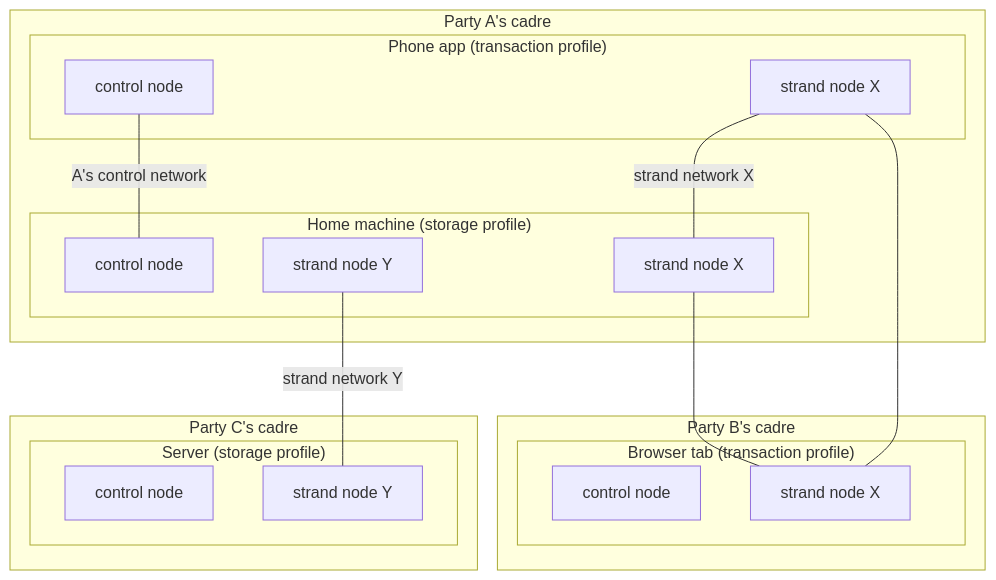
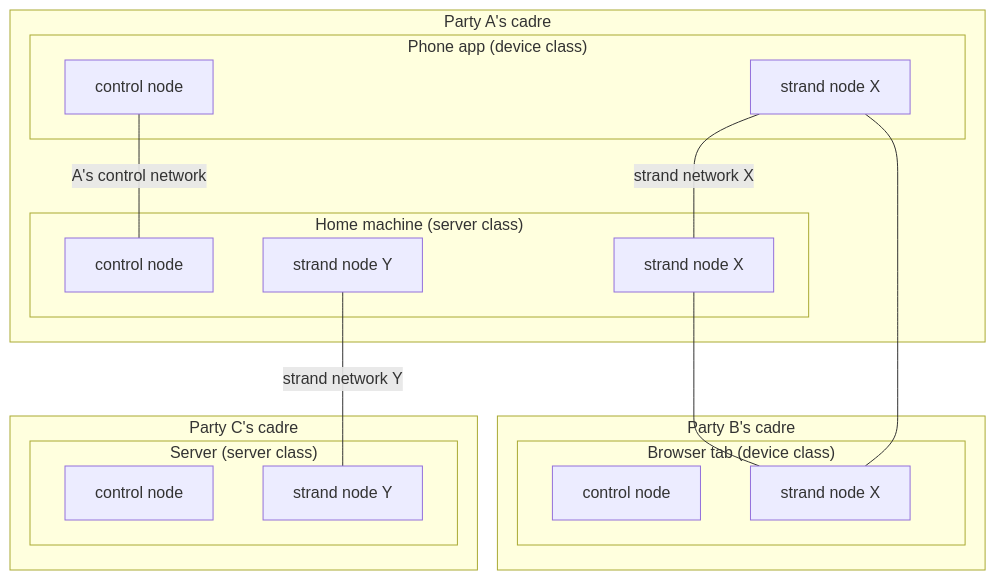
Before and after one commit to gotchoices/sereus: the first of 2 diagrams in docs/architecture.md, drawn with Mermaid. The commit also changed other lines of this file and 283 other files, not shown here.

````diff
--- a/docs/architecture.md
+++ b/docs/architecture.md
@@ -15,31 +15,31 @@
 ```mermaid
 graph TB
     subgraph PA["Party A's cadre"]
-        subgraph AP["Phone app (transaction profile)"]
+        subgraph AP["Phone app (device class)"]
             APC["control node"]
             APX["strand node X"]
         end
-        subgraph AH["Home machine (storage profile)"]
+        subgraph AH["Home machine (server class)"]
             AHC["control node"]
             AHX["strand node X"]
             AHY["strand node Y"]
         end
     end
     subgraph PB["Party B's cadre"]
-        subgraph BT["Browser tab (transaction profile)"]
+        subgraph BT["Browser tab (device class)"]
             BTC["control node"]
             BTX["strand node X"]
         end
     end
     subgraph PC["Party C's cadre"]
-        subgraph CS["Server (storage profile)"]
+        subgraph CS["Server (server class)"]
             CSC["control node"]
             CSY["strand node Y"]
         end
     end
     APC ---|"A's control network"| AHC
     APX ---|"strand network X"| AHX
     APX --- BTX
     AHX --- BTX
     AHY ---|"strand network Y"| CSY
 ```
````
